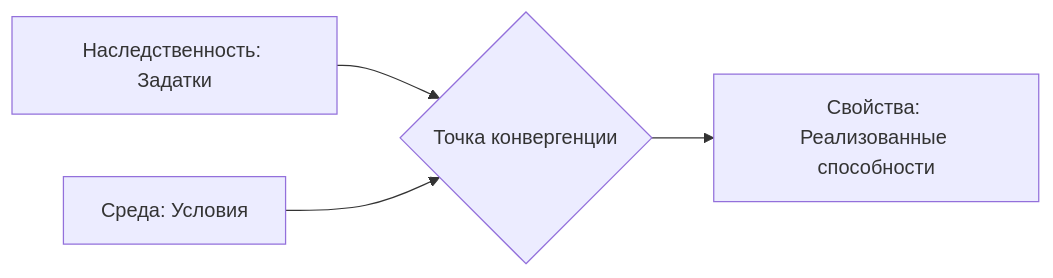
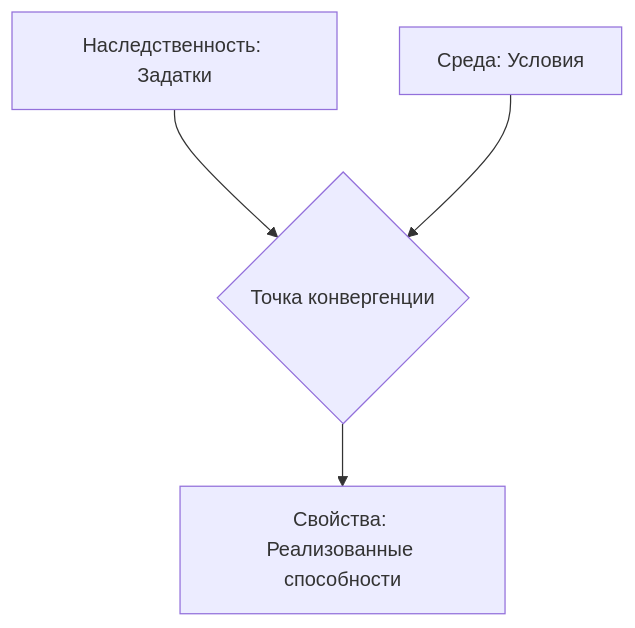
Before and after one commit to becasualle/vimutti: the diagram in content/articles/psychology/vozrastnaya-psihologiya/dvuhfaktornye-teorii-razvitiya.mdx, drawn with Mermaid. The commit also changed 30 other files, not shown here.

````diff
--- a/content/articles/psychology/vozrastnaya-psihologiya/dvuhfaktornye-teorii-razvitiya.mdx
+++ b/content/articles/psychology/vozrastnaya-psihologiya/dvuhfaktornye-teorii-razvitiya.mdx
@@ -46,6 +46,6 @@
 ```mermaid
-graph LR
+graph TD
     A[Наследственность: Задатки] --> C{Точка конвергенции};
     B[Среда: Условия] --> C;
     C --> D[Свойства: Реализованные способности];
 ```
````
